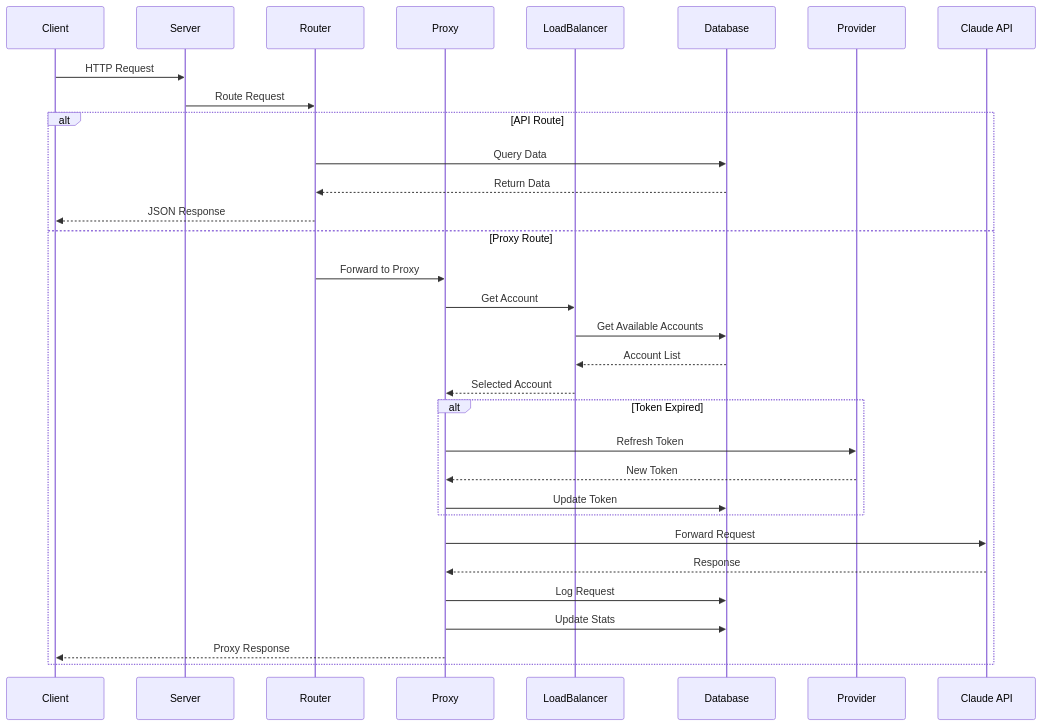
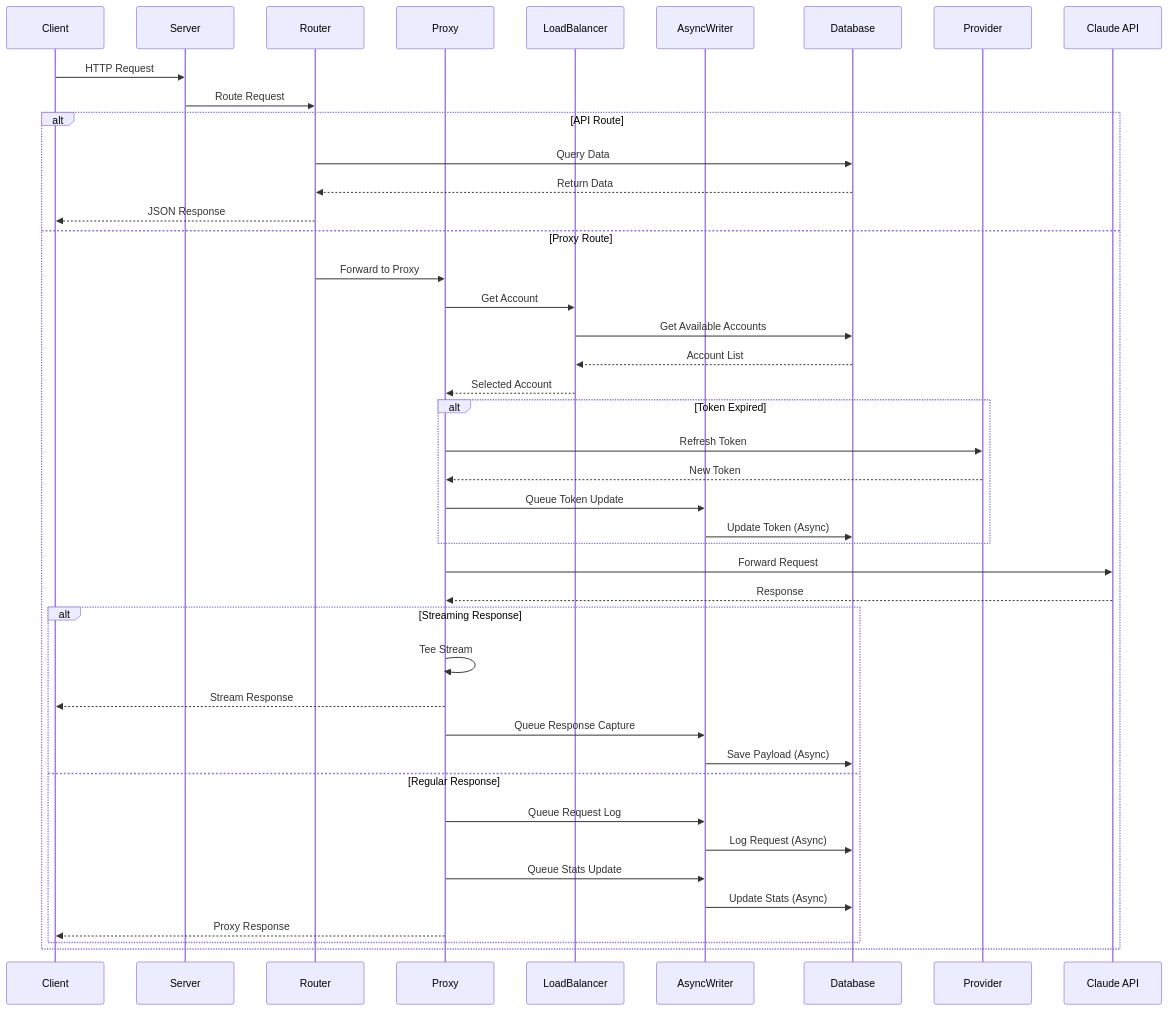
Before and after one commit to tombii/better-ccflare: diagram 13 of 17 in docs/architecture.md, drawn with Mermaid. The commit also changed other lines of this file and 13 other files, not shown here.

````diff
--- a/docs/architecture.md
+++ b/docs/architecture.md
@@ -635,39 +700,50 @@
 ```mermaid
 sequenceDiagram
     participant Client
     participant Server
     participant Router
     participant Proxy
     participant LoadBalancer
+    participant AsyncWriter
     participant Database
     participant Provider
     participant Claude API
     
     Client->>Server: HTTP Request
     Server->>Router: Route Request
     
     alt API Route
         Router->>Database: Query Data
         Database-->>Router: Return Data
         Router-->>Client: JSON Response
     else Proxy Route
         Router->>Proxy: Forward to Proxy
         Proxy->>LoadBalancer: Get Account
         LoadBalancer->>Database: Get Available Accounts
         Database-->>LoadBalancer: Account List
         LoadBalancer-->>Proxy: Selected Account
         
         alt Token Expired
             Proxy->>Provider: Refresh Token
             Provider-->>Proxy: New Token
-            Proxy->>Database: Update Token
+            Proxy->>AsyncWriter: Queue Token Update
+            AsyncWriter->>Database: Update Token (Async)
         end
         
         Proxy->>Claude API: Forward Request
         Claude API-->>Proxy: Response
         
-        Proxy->>Database: Log Request
-        Proxy->>Database: Update Stats
-        Proxy-->>Client: Proxy Response
+        alt Streaming Response
+            Proxy->>Proxy: Tee Stream
+            Proxy-->>Client: Stream Response
+            Proxy->>AsyncWriter: Queue Response Capture
+            AsyncWriter->>Database: Save Payload (Async)
+        else Regular Response
+            Proxy->>AsyncWriter: Queue Request Log
+            AsyncWriter->>Database: Log Request (Async)
+            Proxy->>AsyncWriter: Queue Stats Update
+            AsyncWriter->>Database: Update Stats (Async)
+            Proxy-->>Client: Proxy Response
+        end
     end
 ```
````
